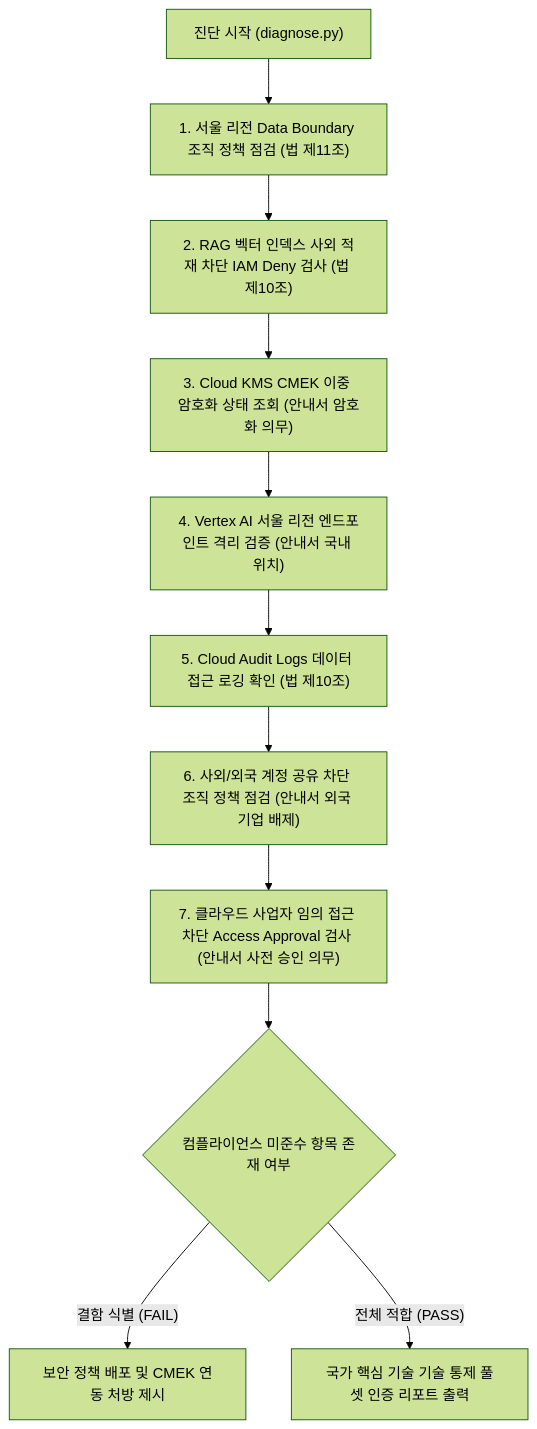
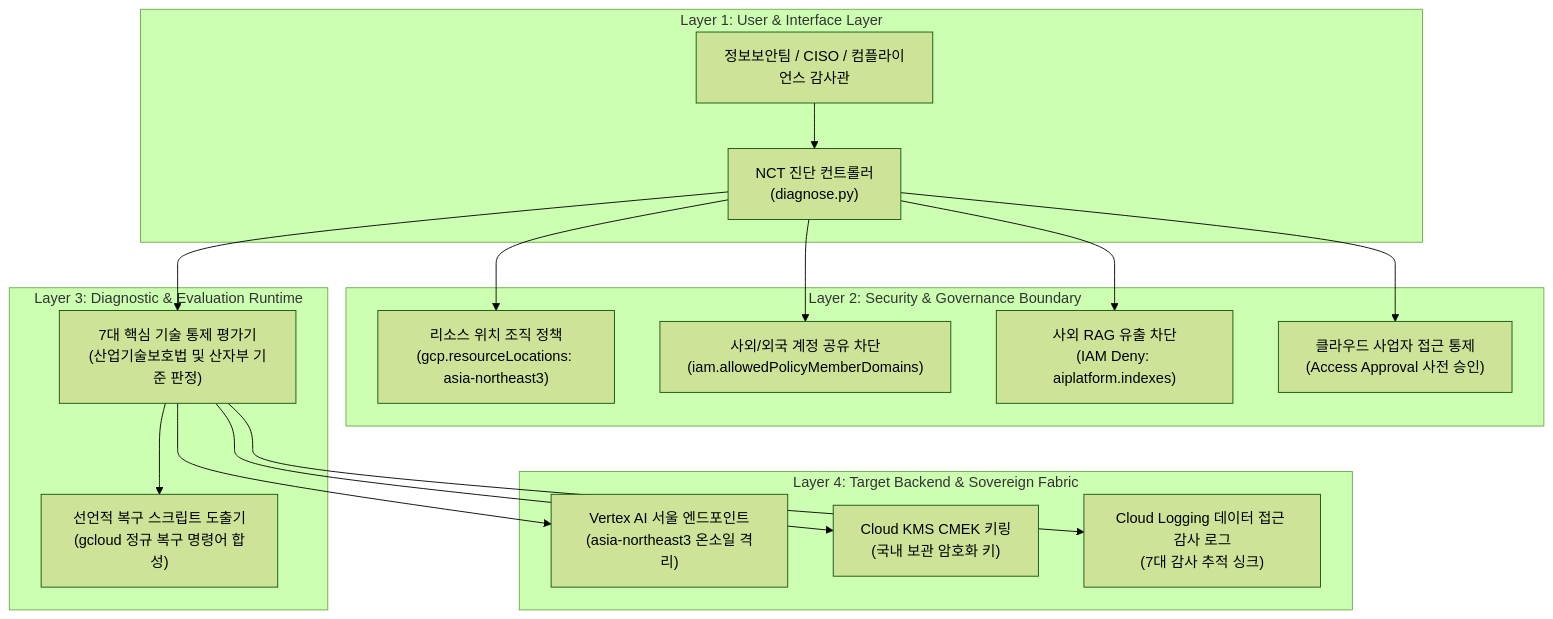
The diagram in samples/korea-nct-compliance-checker/README.md (jiangjun-forge/google-cloud-0-to-1), drawn with Mermaid (forest theme) before and after one commit. The commit also changed other lines of this file and 16 other files, not shown here.

````diff
--- a/samples/korea-nct-compliance-checker/README.md
+++ b/samples/korea-nct-compliance-checker/README.md
@@ -72,13 +72,35 @@
 ```mermaid
 flowchart TD
-    A["진단 시작 (diagnose.py)"] --> B["1. 서울 리전 Data Boundary 조직 정책 점검 (법 제11조)"]
-    B --> C["2. RAG 벡터 인덱스 사외 적재 차단 IAM Deny 검사 (법 제10조)"]
-    C --> D["3. Cloud KMS CMEK 이중 암호화 상태 조회 (안내서 암호화 의무)"]
-    D --> E["4. Vertex AI 서울 리전 엔드포인트 격리 검증 (안내서 국내 위치)"]
-    E --> F["5. Cloud Audit Logs 데이터 접근 로깅 확인 (법 제10조)"]
-    F --> G["6. 사외/외국 계정 공유 차단 조직 정책 점검 (안내서 외국 기업 배제)"]
-    G --> H["7. 클라우드 사업자 임의 접근 차단 Access Approval 검사 (안내서 사전 승인 의무)"]
-    H --> I{"컴플라이언스 미준수 항목 존재 여부"}
-    I -- "결함 식별 (FAIL)" --> J["보안 정책 배포 및 CMEK 연동 처방 제시"]
-    I -- "전체 적합 (PASS)" --> K["국가 핵심 기술 기술 통제 풀셋 인증 리포트 출력"]
+    subgraph Layer1 ["Layer 1: User & Interface Layer"]
+        Auditor["정보보안팀 / CISO / 컴플라이언스 감사관"]
+        CLI["NCT 진단 컨트롤러<br/>(diagnose.py)"]
+        Auditor --> CLI
+    end
+
+    subgraph Layer2 ["Layer 2: Security & Governance Boundary"]
+        OrgLoc["리소스 위치 조직 정책<br/>(gcp.resourceLocations: asia-northeast3)"]
+        OrgDomain["사외/외국 계정 공유 차단<br/>(iam.allowedPolicyMemberDomains)"]
+        IAMDeny["사외 RAG 유출 차단<br/>(IAM Deny: aiplatform.indexes)"]
+        AccessAppr["클라우드 사업자 접근 통제<br/>(Access Approval 사전 승인)"]
+        CLI --> OrgLoc
+        CLI --> OrgDomain
+        CLI --> IAMDeny
+        CLI --> AccessAppr
+    end
+
+    subgraph Layer3 ["Layer 3: Diagnostic & Evaluation Runtime"]
+        AuditEngine["7대 핵심 기술 통제 평가기<br/>(산업기술보호법 및 산자부 기준 판정)"]
+        Remediator["선언적 복구 스크립트 도출기<br/>(gcloud 정규 복구 명령어 합성)"]
+        CLI --> AuditEngine
+        AuditEngine --> Remediator
+    end
+
+    subgraph Layer4 ["Layer 4: Target Backend & Sovereign Fabric"]
+        SeoulVertex["Vertex AI 서울 엔드포인트<br/>(asia-northeast3 온소일 격리)"]
+        SeoulKMS["Cloud KMS CMEK 키링<br/>(국내 보관 암호화 키)"]
+        AuditLogs["Cloud Logging 데이터 접근 감사 로그<br/>(7대 감사 추적 싱크)"]
+        AuditEngine --> SeoulVertex
+        AuditEngine --> SeoulKMS
+        AuditEngine --> AuditLogs
+    end
 ```
````
